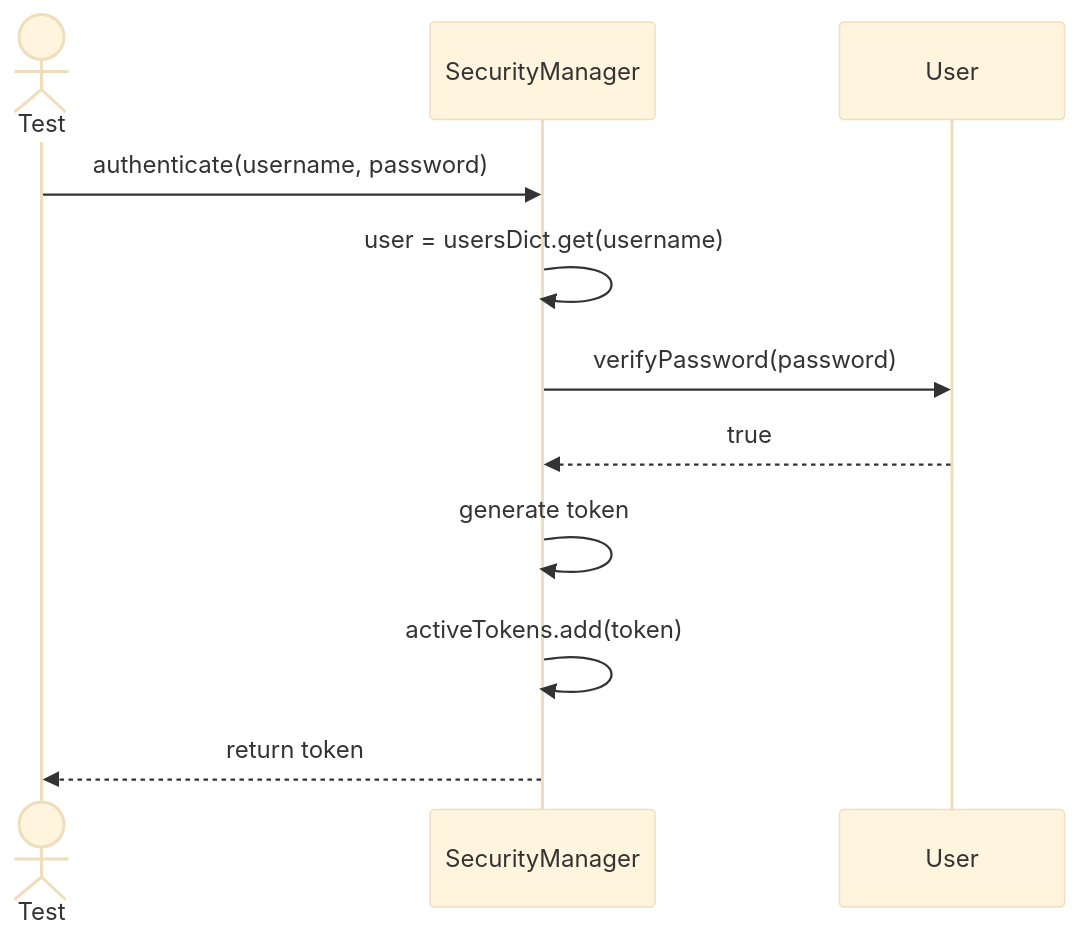
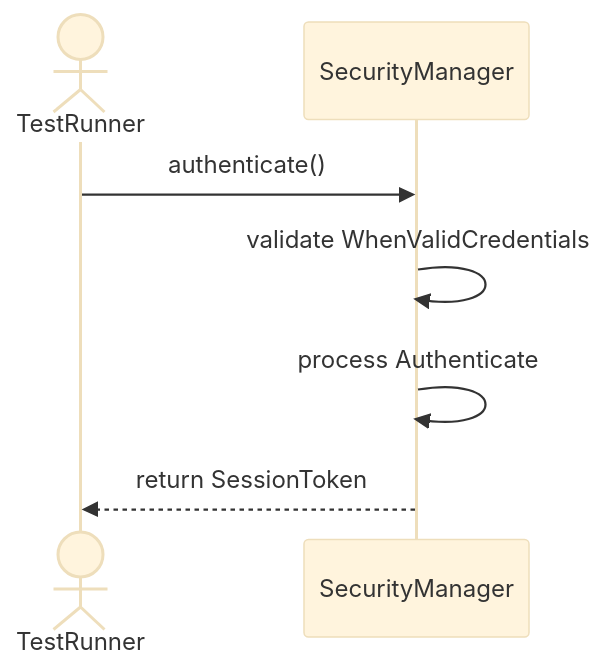
Before and after one commit to TamBui1706/DBMS: the first of 8 diagrams in Sequences/SecurityAccessControl/SecurityManager.md, drawn with Mermaid (base theme). The commit also changed other lines of this file and 63 other files, not shown here.

Commit message:
Draw sequence diagram for unit tests

````diff
--- a/Sequences/SecurityAccessControl/SecurityManager.md
+++ b/Sequences/SecurityAccessControl/SecurityManager.md
@@ -15,14 +20,9 @@
 ```mermaid
 sequenceDiagram
-    actor Test
+    actor TestRunner
     participant SecurityManager
-    participant User
-
-    Test->>SecurityManager: authenticate(username, password)
-    SecurityManager->>SecurityManager: user = usersDict.get(username)
-    SecurityManager->>User: verifyPassword(password)
-    User-->>SecurityManager: true
-    SecurityManager->>SecurityManager: generate token
-    SecurityManager->>SecurityManager: activeTokens.add(token)
-    SecurityManager-->>Test: return token
+    TestRunner->>SecurityManager: authenticate()
+    SecurityManager->>SecurityManager: validate WhenValidCredentials
+    SecurityManager->>SecurityManager: process Authenticate
+    SecurityManager-->>TestRunner: return SessionToken
 ```
````
